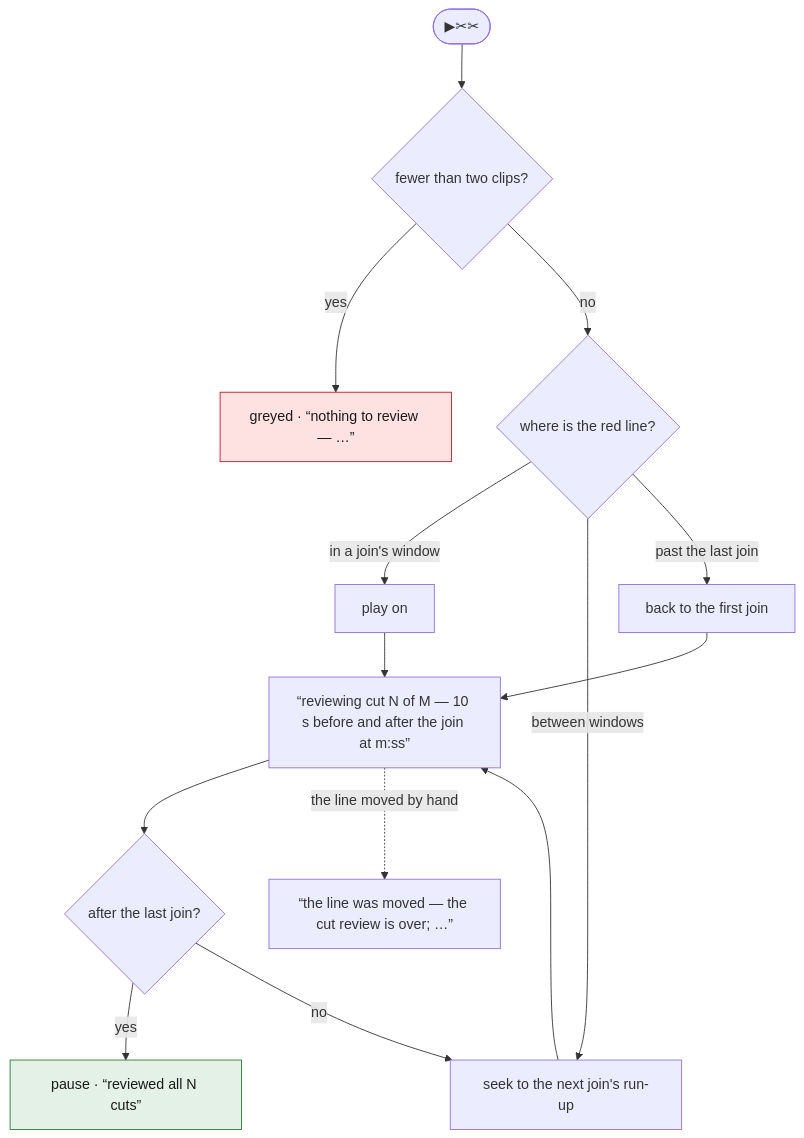
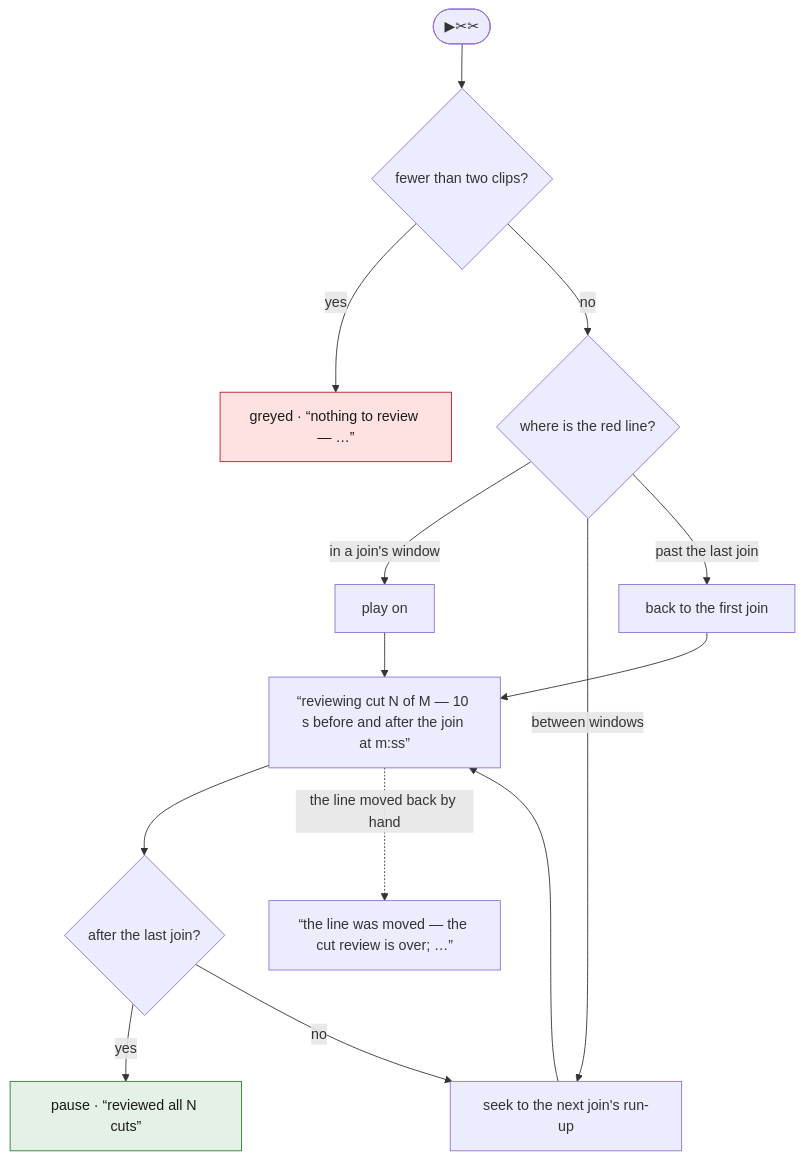
The third of 13 diagrams in spec/05-cut.md (tbocek/naivepost), drawn with Mermaid before and after one commit. The commit also changed other lines of this file and 19 other files, not shown here.

````diff
--- a/spec/05-cut.md
+++ b/spec/05-cut.md
@@ -90,19 +90,19 @@
 ```mermaid
 flowchart TD
   A(["▶✂✂"]) --> F{"fewer than two clips?"}
   F -- yes --> G["greyed · “nothing to review — …”"]:::refuse
   F -- no --> W{"where is the red line?"}
   W -- "in a join's window" --> PLAY["play on"]
   W -- "between windows" --> SEEK["seek to the next join's run-up"]
   W -- "past the last join" --> FIRST["back to the first join"]
   PLAY --> S["“reviewing cut N of M — 10 s before and after the join at m:ss”"]
   SEEK --> S
   FIRST --> S
   S --> N{"after the last join?"}
   N -- yes --> DONE["pause · “reviewed all N cuts”"]:::done
   N -- no --> SEEK
-  S -. the line moved by hand .-> OVER["“the line was moved — the cut review is over; …”"]
+  S -. the line moved back by hand .-> OVER["“the line was moved — the cut review is over; …”"]
   classDef refuse fill:#fde2e1,stroke:#c01c28,color:#1a1a1a
   classDef done fill:#e3f1e6,stroke:#2e7d32,color:#1a1a1a
   classDef ask fill:#e8eefc,stroke:#3a63c8,color:#1a1a1a
 ```
````
